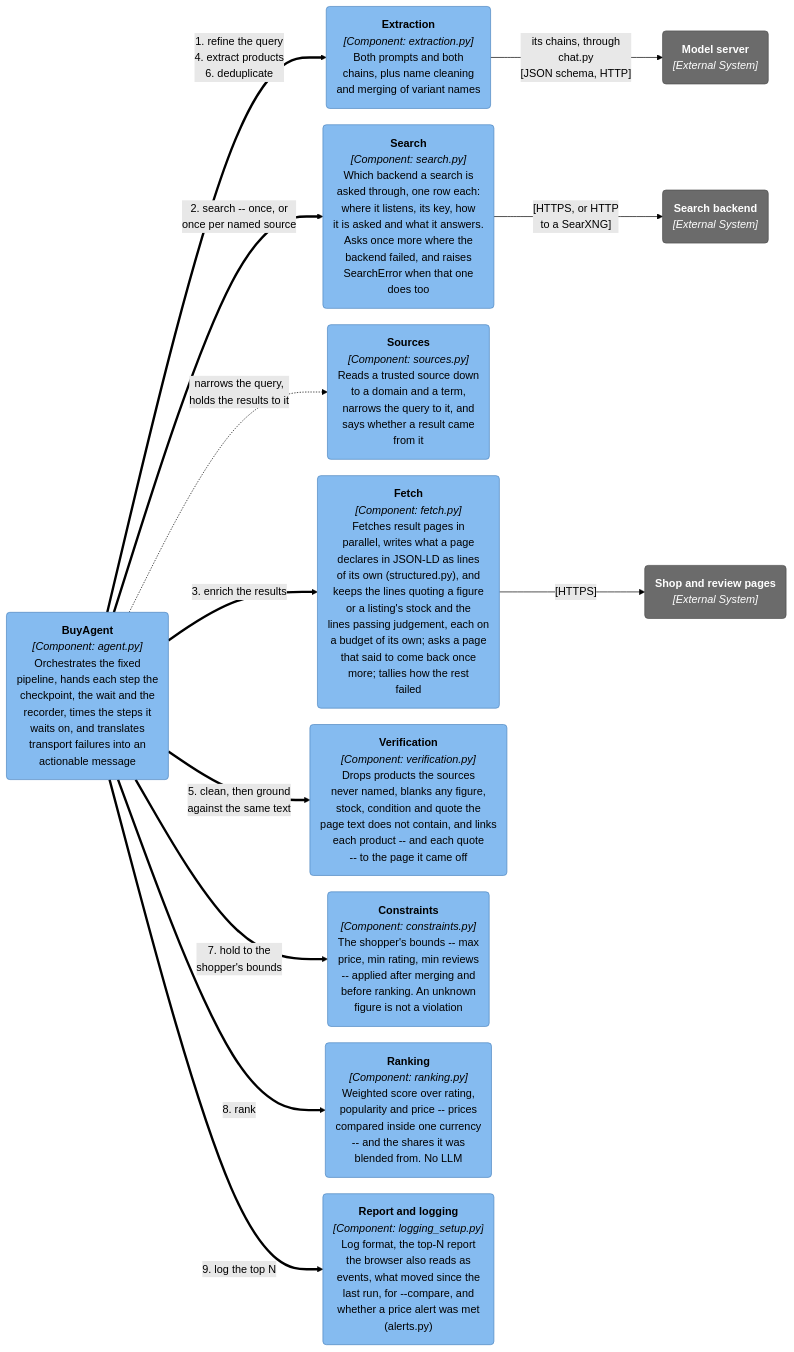
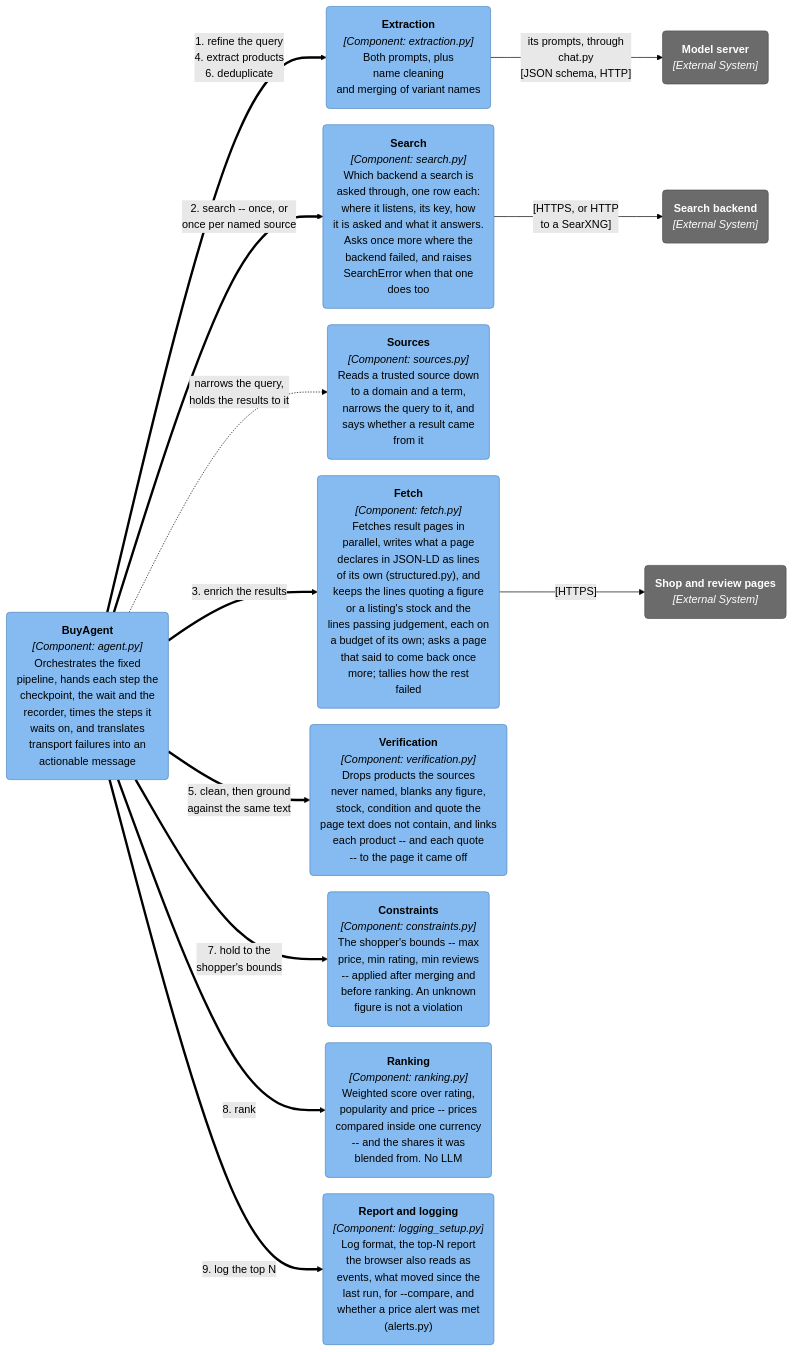
One commit to adamw7/buy_agent changed the fifth of 11 diagrams in docs/architecture.md. Above: the diagram before and after it, drawn with Mermaid (forest theme). The commit also changed other lines of this file and 5 other files, not shown here.

````diff
--- a/docs/architecture.md
+++ b/docs/architecture.md
@@ -243,41 +243,41 @@
 ```mermaid
 ---
 config:
   flowchart:
     wrappingWidth: 400
     nodeSpacing: 24
     rankSpacing: 40
 ---
 graph LR
     agent("<b>BuyAgent</b><br/><i>[Component: agent.py]</i><br/>Orchestrates the fixed<br/>pipeline, hands each step the<br/>checkpoint, the wait and the<br/>recorder, times the steps it<br/>waits on, and translates<br/>transport failures into an<br/>actionable message")
-    extraction("<b>Extraction</b><br/><i>[Component: extraction.py]</i><br/>Both prompts and both<br/>chains, plus name cleaning<br/>and merging of variant names")
+    extraction("<b>Extraction</b><br/><i>[Component: extraction.py]</i><br/>Both prompts, plus<br/>name cleaning<br/>and merging of variant names")
     search("<b>Search</b><br/><i>[Component: search.py]</i><br/>Which backend a search is<br/>asked through, one row each:<br/>where it listens, its key, how<br/>it is asked and what it answers.<br/>Asks once more where the<br/>backend failed, and raises<br/>SearchError when that one<br/>does too")
     sources("<b>Sources</b><br/><i>[Component: sources.py]</i><br/>Reads a trusted source down<br/>to a domain and a term,<br/>narrows the query to it, and<br/>says whether a result came<br/>from it")
     fetch("<b>Fetch</b><br/><i>[Component: fetch.py]</i><br/>Fetches result pages in<br/>parallel, writes what a page<br/>declares in JSON-LD as lines<br/>of its own (structured.py), and<br/>keeps the lines quoting a figure<br/>or a listing's stock and the<br/>lines passing judgement, each on<br/>a budget of its own; asks a page<br/>that said to come back once<br/>more; tallies how the rest<br/>failed")
     verification("<b>Verification</b><br/><i>[Component: verification.py]</i><br/>Drops products the sources<br/>never named, blanks any figure,<br/>stock, condition and quote the<br/>page text does not contain, and links<br/>each product -- and each quote<br/>-- to the page it came off")
     constraints("<b>Constraints</b><br/><i>[Component: constraints.py]</i><br/>The shopper's bounds -- max<br/>price, min rating, min reviews<br/>-- applied after merging and<br/>before ranking. An unknown<br/>figure is not a violation")
     ranking("<b>Ranking</b><br/><i>[Component: ranking.py]</i><br/>Weighted score over rating,<br/>popularity and price -- prices<br/>compared inside one currency<br/>-- and the shares it was<br/>blended from. No LLM")
     logsetup("<b>Report and logging</b><br/><i>[Component: logging_setup.py]</i><br/>Log format, the top-N report<br/>the browser also reads as<br/>events, what moved since the<br/>last run, for --compare, and<br/>whether a price alert was met<br/>(alerts.py)")
 
     ollama("<b>Model server</b><br/><i>[External System]</i>")
     ddg("<b>Search backend</b><br/><i>[External System]</i>")
     shops("<b>Shop and review pages</b><br/><i>[External System]</i>")
 
     agent ==>|"1. refine the query<br/>4. extract products<br/>6. deduplicate"| extraction
     agent ==>|"2. search -- once, or<br/>once per named source"| search
     agent -.->|"narrows the query,<br/>holds the results to it"| sources
     agent ==>|"3. enrich the results"| fetch
     agent ==>|"5. clean, then ground<br/>against the same text"| verification
     agent ==>|"7. hold to the<br/>shopper's bounds"| constraints
     agent ==>|"8. rank"| ranking
     agent ==>|"9. log the top N"| logsetup
 
-    extraction -->|"its chains, through<br/>chat.py<br/>[JSON schema, HTTP]"| ollama
+    extraction -->|"its prompts, through<br/>chat.py<br/>[JSON schema, HTTP]"| ollama
     search -->|"[HTTPS, or HTTP<br/>to a SearXNG]"| ddg
     fetch -->|"[HTTPS]"| shops
 
     classDef component fill:#85bbf0,stroke:#4f86c0,color:#000
     classDef external fill:#6b6b6b,stroke:#4d4d4d,color:#fff
     class agent,extraction,search,sources,fetch,verification,constraints,ranking,logsetup component
     class ollama,ddg,shops external
 ```
````
